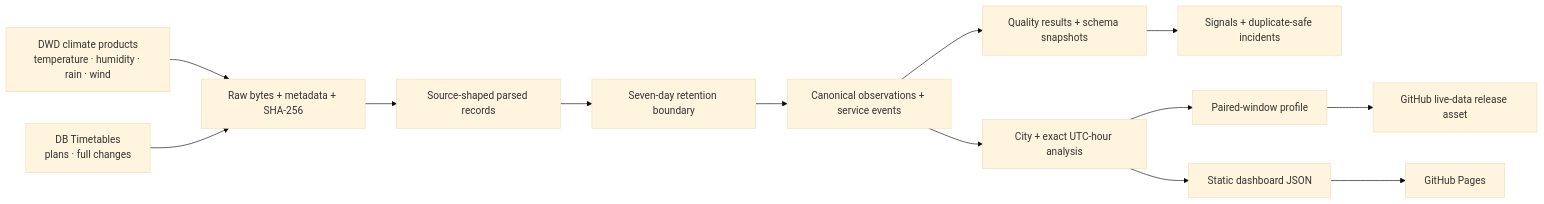
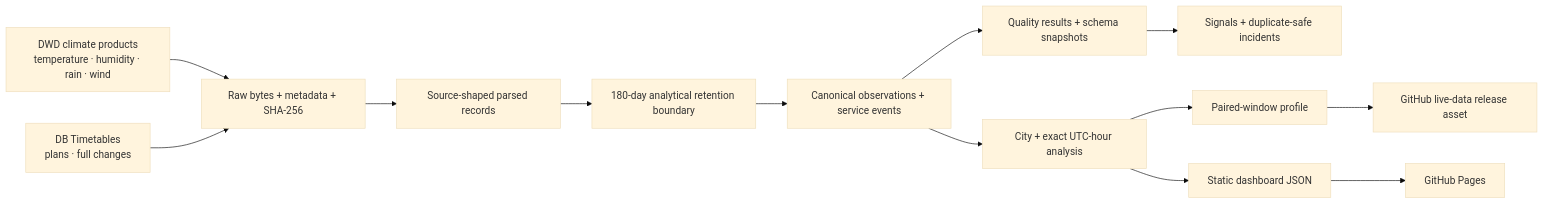
One commit to enoshehu/SIGNAL-OPS changed the diagram in docs/LINEAGE.md. Above: the diagram before and after it, drawn with Mermaid (base theme). The commit also changed 36 other files, not shown here.

````diff
--- a/docs/LINEAGE.md
+++ b/docs/LINEAGE.md
@@ -3,17 +3,17 @@
 ```mermaid
 flowchart LR
   DWD[DWD climate products\ntemperature · humidity · rain · wind]
   DB[DB Timetables\nplans · full changes]
   DWD --> RAW[Raw bytes + metadata + SHA-256]
   DB --> RAW
   RAW --> PARSED[Source-shaped parsed records]
-  PARSED --> RETAIN[Seven-day retention boundary]
+  PARSED --> RETAIN[180-day analytical retention boundary]
   RETAIN --> CANON[Canonical observations + service events]
   CANON --> DQ[Quality results + schema snapshots]
   CANON --> JOIN[City + exact UTC-hour analysis]
   DQ --> SIGNAL[Signals + duplicate-safe incidents]
   JOIN --> PROFILE[Paired-window profile]
   JOIN --> PAGE[Static dashboard JSON]
   PROFILE --> RELEASE[GitHub live-data release asset]
   PAGE --> PAGES[GitHub Pages]
 ```
````
